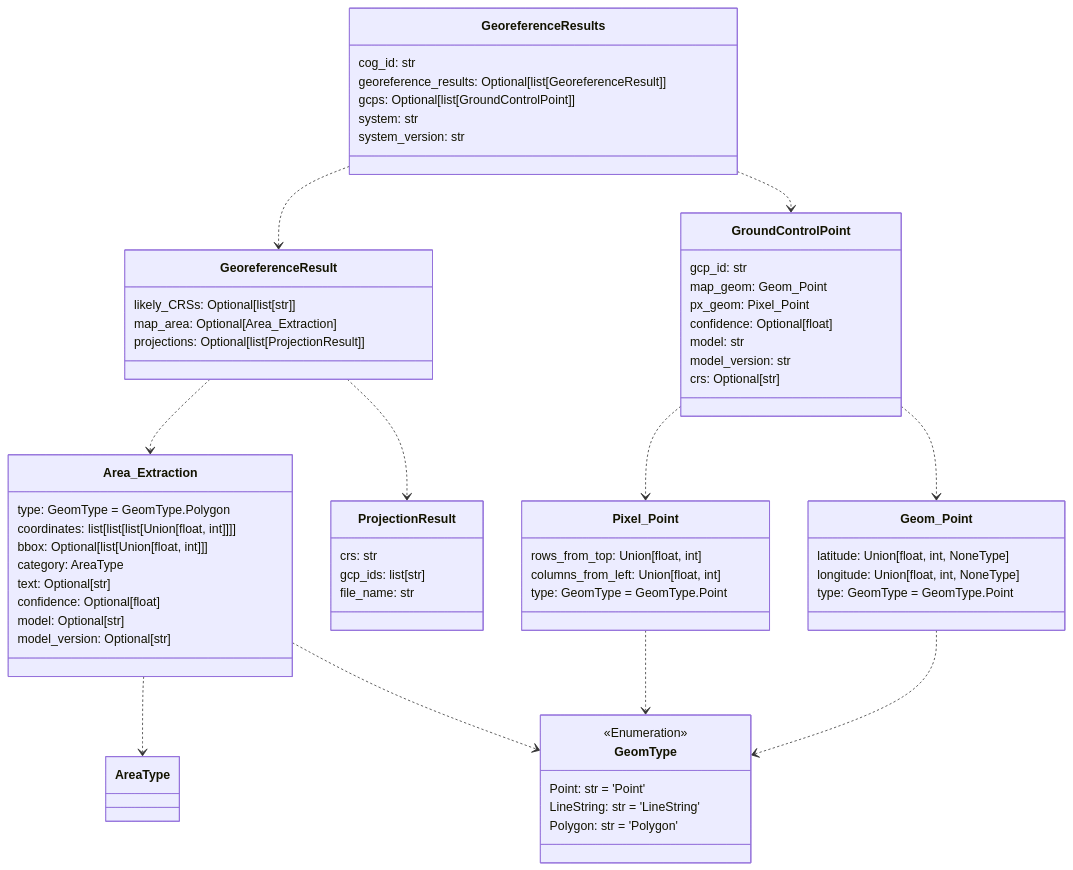
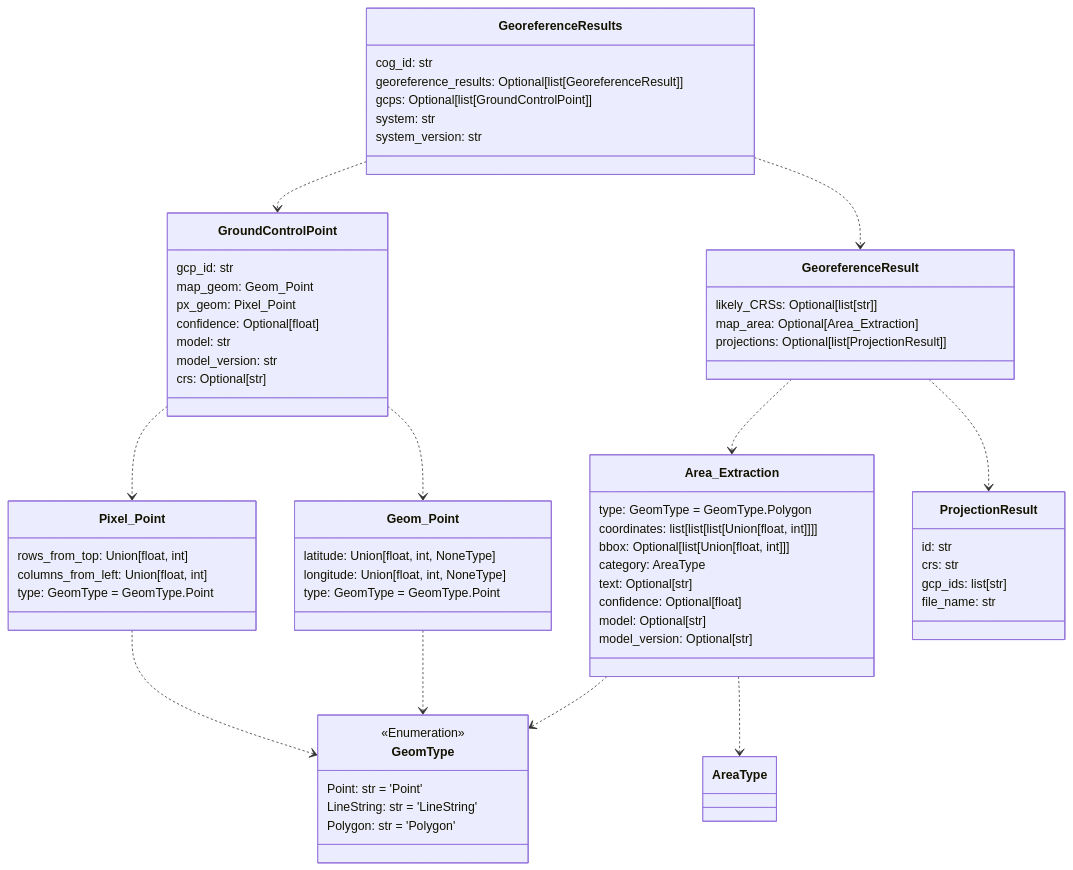
The first of 6 diagrams in README.md (DARPA-CRITICALMAAS/cdr_schemas), drawn with Mermaid before and after one commit. The commit also changed other lines of this file and 4 other files, not shown here.

````diff
--- a/README.md
+++ b/README.md
@@ -50,76 +50,77 @@
 ```mermaid
 classDiagram
+
+    class GeoreferenceResults {
+        cog_id: str
+        georeference_results: Optional[list[GeoreferenceResult]]
+        gcps: Optional[list[GroundControlPoint]]
+        system: str
+        system_version: str
+    }
+
+    class Area_Extraction {
+        type: GeomType = GeomType.Polygon
+        coordinates: list[list[list[Union[float, int]]]]
+        bbox: Optional[list[Union[float, int]]]
+        category: AreaType
+        text: Optional[str]
+        confidence: Optional[float]
+        model: Optional[str]
+        model_version: Optional[str]
+    }
+
+    class ProjectionResult {
+        id: str
+        crs: str
+        gcp_ids: list[str]
+        file_name: str
+    }
+
+    class GeomType {
+        <<Enumeration>>
+        Point: str = 'Point'
+        LineString: str = 'LineString'
+        Polygon: str = 'Polygon'
+    }
+
+    class GroundControlPoint {
+        gcp_id: str
+        map_geom: Geom_Point
+        px_geom: Pixel_Point
+        confidence: Optional[float]
+        model: str
+        model_version: str
+        crs: Optional[str]
+    }
 
     class GeoreferenceResult {
         likely_CRSs: Optional[list[str]]
         map_area: Optional[Area_Extraction]
         projections: Optional[list[ProjectionResult]]
     }
 
     class Pixel_Point {
         rows_from_top: Union[float, int]
         columns_from_left: Union[float, int]
         type: GeomType = GeomType.Point
     }
 
-    class Area_Extraction {
-        type: GeomType = GeomType.Polygon
-        coordinates: list[list[list[Union[float, int]]]]
-        bbox: Optional[list[Union[float, int]]]
-        category: AreaType
-        text: Optional[str]
-        confidence: Optional[float]
-        model: Optional[str]
-        model_version: Optional[str]
-    }
-
-    class GeoreferenceResults {
-        cog_id: str
-        georeference_results: Optional[list[GeoreferenceResult]]
-        gcps: Optional[list[GroundControlPoint]]
-        system: str
-        system_version: str
-    }
-
     class Geom_Point {
         latitude: Union[float, int, NoneType]
         longitude: Union[float, int, NoneType]
         type: GeomType = GeomType.Point
     }
 
-    class GroundControlPoint {
-        gcp_id: str
-        map_geom: Geom_Point
-        px_geom: Pixel_Point
-        confidence: Optional[float]
-        model: str
-        model_version: str
-        crs: Optional[str]
-    }
-
-    class ProjectionResult {
-        crs: str
-        gcp_ids: list[str]
-        file_name: str
-    }
-
-    class GeomType {
-        <<Enumeration>>
-        Point: str = 'Point'
-        LineString: str = 'LineString'
-        Polygon: str = 'Polygon'
-    }
-
+    Area_Extraction ..> GeomType
     Area_Extraction ..> AreaType
-    Area_Extraction ..> GeomType
     Geom_Point ..> GeomType
     Pixel_Point ..> GeomType
     GroundControlPoint ..> Pixel_Point
     GroundControlPoint ..> Geom_Point
     GeoreferenceResult ..> Area_Extraction
     GeoreferenceResult ..> ProjectionResult
+    GeoreferenceResults ..> GroundControlPoint
     GeoreferenceResults ..> GeoreferenceResult
-    GeoreferenceResults ..> GroundControlPoint
 
 
 ```
````
